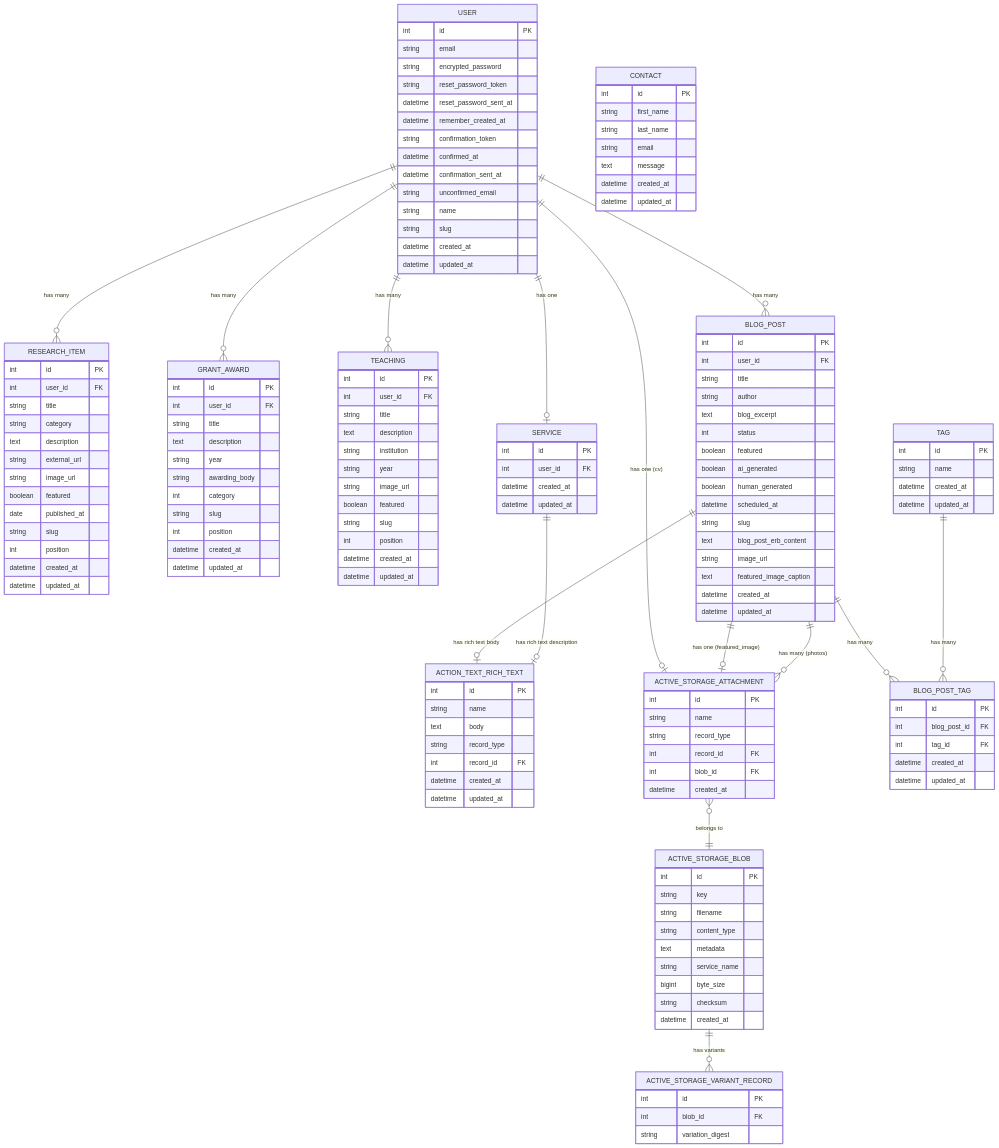
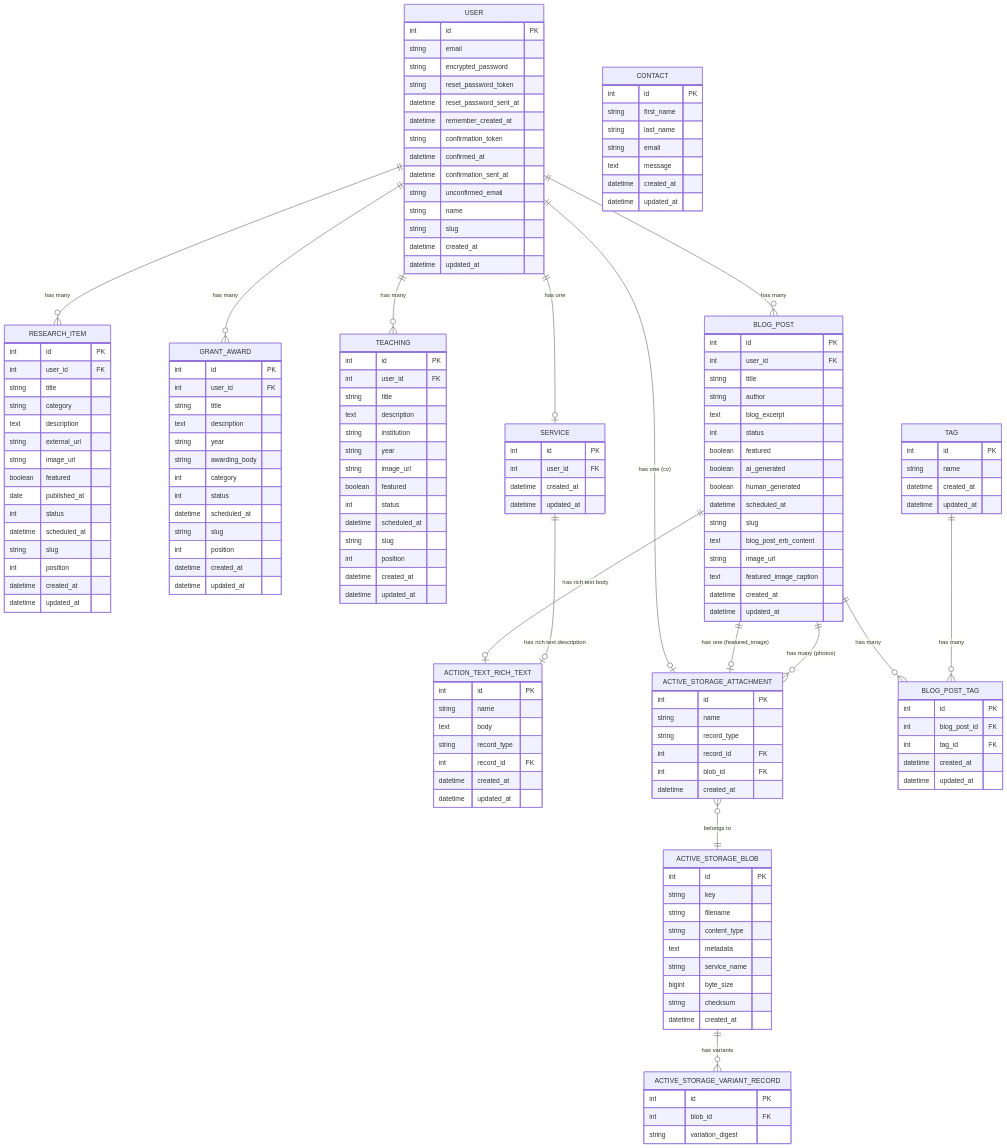
Before and after one commit to louiskb/isarak-portfolio: the diagram in docs/ERD.md, drawn with Mermaid. The commit also changed other lines of this file and 10 other files, not shown here.

```diff
--- a/docs/ERD.md
+++ b/docs/ERD.md
@@ -29,6 +29,8 @@
         string image_url
         boolean featured
         date published_at
+        int status
+        datetime scheduled_at
         string slug
         int position
         datetime created_at
@@ -43,6 +45,8 @@
         string year
         string awarding_body
         int category
+        int status
+        datetime scheduled_at
         string slug
         int position
         datetime created_at
@@ -58,6 +62,8 @@
         string year
         string image_url
         boolean featured
+        int status
+        datetime scheduled_at
         string slug
         int position
         datetime created_at
```
